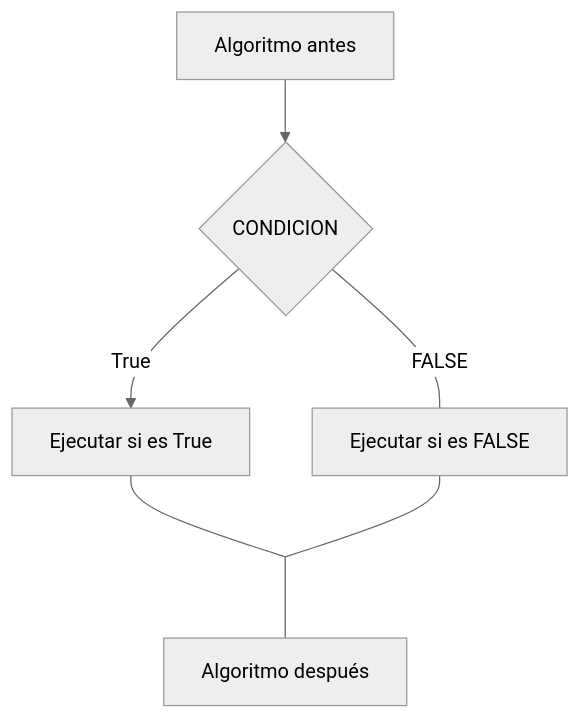
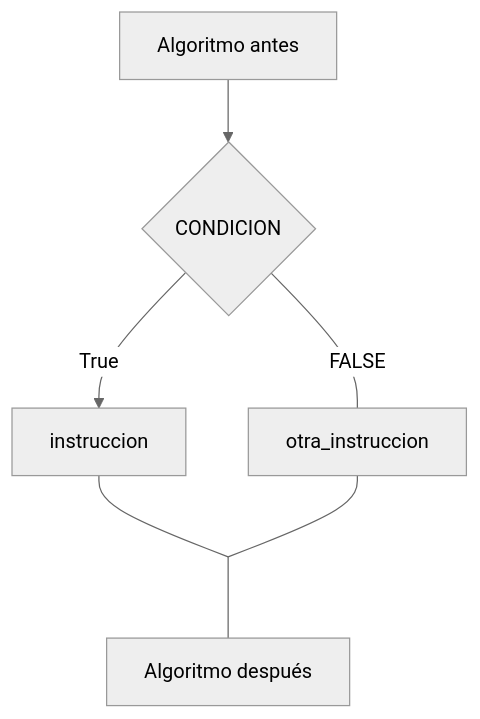
The second of 3 diagrams in clase_05.md (naquiroz/clases-iic1103-2023-2), drawn with Mermaid (neutral theme) before and after one commit. The commit also changed other lines of this file and 1 other file, not shown here.

````diff
--- a/clase_05.md
+++ b/clase_05.md
@@ -211,10 +254,10 @@
 ```mermaid {theme: 'neutral', scale: 0.8, flowchart: { curve: 'stepAfter' }}
 flowchart TD
     A[Algoritmo antes] --> B{CONDICION}
-    B -->|True| C[Ejecutar si es True]
+    B -->|True| C[instruccion]
     C --- D[ ]
-    B --- |FALSE| F[Ejecutar si es FALSE]
+    B --- |FALSE| F[otra_instruccion]
     F --- D
     D --- E[Algoritmo después]
     style D width:0;
 ```
````
